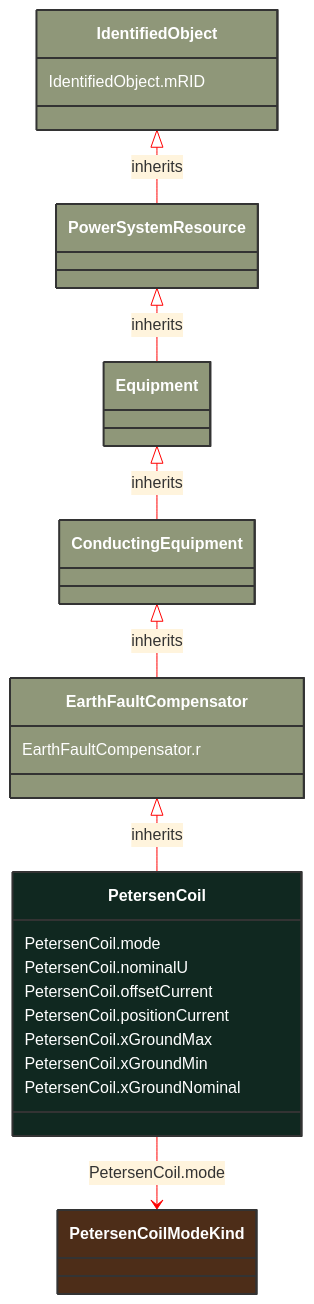
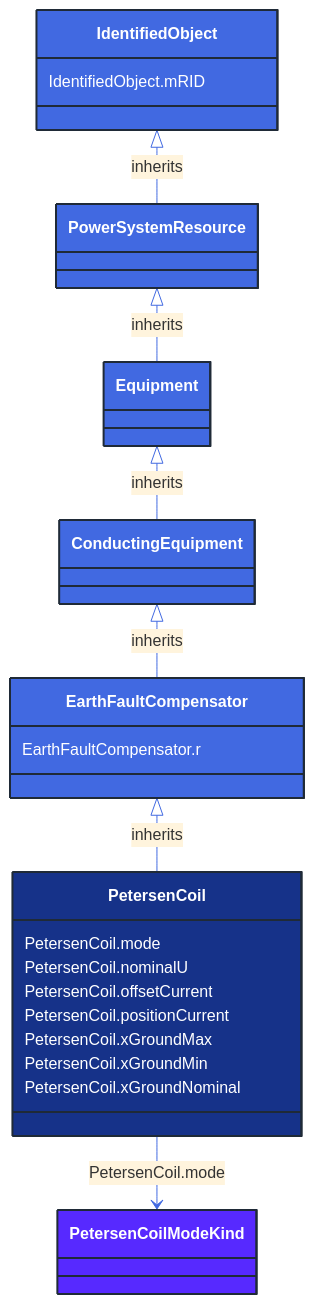
Before and after one commit to 3lbits/NoCIMExtensions: the diagram in docs/Models/Profiles/ShortCircuit/ConcreteClasses/PetersenCoil.md, drawn with Mermaid. The commit also changed 362 other files, not shown here.

First line of the commit message:
Update diagrams and styles for improved visual consistency

````diff
--- a/docs/Models/Profiles/ShortCircuit/ConcreteClasses/PetersenCoil.md
+++ b/docs/Models/Profiles/ShortCircuit/ConcreteClasses/PetersenCoil.md
@@ -8,44 +8,44 @@
 ```mermaid
-%%{init: {'theme':'base','themeVariables': {'lineColor': '#FF0000'}}}%%
+%%{init: {'theme':'base','themeVariables': {'lineColor': '#4169E1'}}}%%
 classDiagram
     class PetersenCoil
     click PetersenCoil href "/Models/Profiles/ShortCircuit/ConcreteClasses/PetersenCoil/"
-    style PetersenCoil fill:#102820,stroke:#333,stroke-width:2px,rx:10,ry:10,color:white
+    style PetersenCoil fill:#163289,stroke:#1F2A37,stroke-width:2px,rx:10,ry:10,color:white
      
         EarthFaultCompensator <|-- PetersenCoil : inherits
             click EarthFaultCompensator href "/Models/Profiles/ShortCircuit/AbstractClasses/EarthFaultCompensator/"
-            style EarthFaultCompensator fill:#8F9779,stroke:#333,stroke-width:2px,rx:10,ry:10,color:white
+            style EarthFaultCompensator fill:#4169E1,stroke:#1F2A37,stroke-width:2px,rx:10,ry:10,color:white
      
         ConductingEquipment <|-- EarthFaultCompensator : inherits
             click ConductingEquipment href "/Models/Profiles/ShortCircuit/AbstractClasses/ConductingEquipment/"
-            style ConductingEquipment fill:#8F9779,stroke:#333,stroke-width:2px,rx:10,ry:10,color:white
+            style ConductingEquipment fill:#4169E1,stroke:#1F2A37,stroke-width:2px,rx:10,ry:10,color:white
      
         Equipment <|-- ConductingEquipment : inherits
             click Equipment href "/Models/Profiles/ShortCircuit/AbstractClasses/Equipment/"
-            style Equipment fill:#8F9779,stroke:#333,stroke-width:2px,rx:10,ry:10,color:white
+            style Equipment fill:#4169E1,stroke:#1F2A37,stroke-width:2px,rx:10,ry:10,color:white
      
         PowerSystemResource <|-- Equipment : inherits
             click PowerSystemResource href "/Models/Profiles/ShortCircuit/AbstractClasses/PowerSystemResource/"
-            style PowerSystemResource fill:#8F9779,stroke:#333,stroke-width:2px,rx:10,ry:10,color:white
+            style PowerSystemResource fill:#4169E1,stroke:#1F2A37,stroke-width:2px,rx:10,ry:10,color:white
      
         IdentifiedObject <|-- PowerSystemResource : inherits
             click IdentifiedObject href "/Models/Profiles/ShortCircuit/AbstractClasses/IdentifiedObject/"
-            style IdentifiedObject fill:#8F9779,stroke:#333,stroke-width:2px,rx:10,ry:10,color:white
+            style IdentifiedObject fill:#4169E1,stroke:#1F2A37,stroke-width:2px,rx:10,ry:10,color:white
 
 
         PetersenCoil --> PetersenCoilModeKind : PetersenCoil.mode
 
         PetersenCoilModeKind
             click PetersenCoilModeKind href "/Models/Profiles/ShortCircuit/Enumerations/PetersenCoilModeKind/"
-            style PetersenCoilModeKind fill:#4D2D18,stroke:#333,stroke-width:2px,rx:10,ry:10,color:white
+            style PetersenCoilModeKind fill:#5729FF,stroke:#1F2A37,stroke-width:2px,rx:10,ry:10,color:white
 
         PetersenCoil : PetersenCoil.mode
         PetersenCoil : PetersenCoil.nominalU
         PetersenCoil : PetersenCoil.offsetCurrent
         PetersenCoil : PetersenCoil.positionCurrent
         PetersenCoil : PetersenCoil.xGroundMax
         PetersenCoil : PetersenCoil.xGroundMin
         PetersenCoil : PetersenCoil.xGroundNominal
         EarthFaultCompensator : EarthFaultCompensator.r
         IdentifiedObject : IdentifiedObject.mRID
 ```
````
